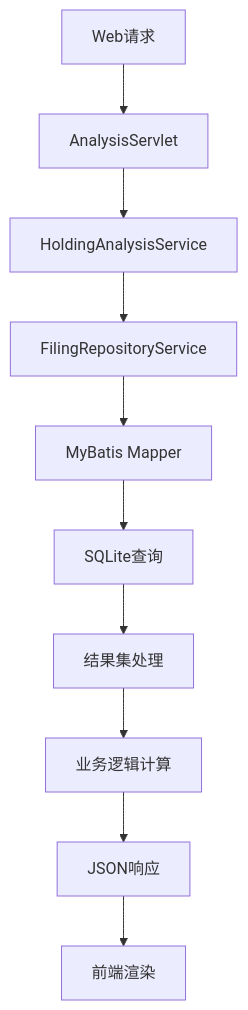
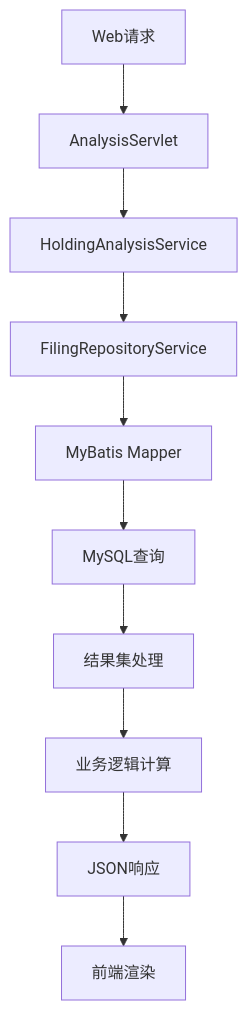
The second of 2 diagrams in docs/architecture.md (yjy1304/sec-data-collecter), drawn with Mermaid before and after one commit. The commit also changed other lines of this file and 19 other files, not shown here.

````diff
--- a/docs/architecture.md
+++ b/docs/architecture.md
@@ -213,12 +213,12 @@
 ```mermaid
 graph TD
     A[Web请求] --> B[AnalysisServlet]
     B --> C[HoldingAnalysisService]
     C --> D[FilingRepositoryService]
     D --> E[MyBatis Mapper]
-    E --> F[SQLite查询]
+    E --> F[MySQL查询]
     F --> G[结果集处理]
     G --> H[业务逻辑计算]
     H --> I[JSON响应]
     I --> J[前端渲染]
 ```
````
